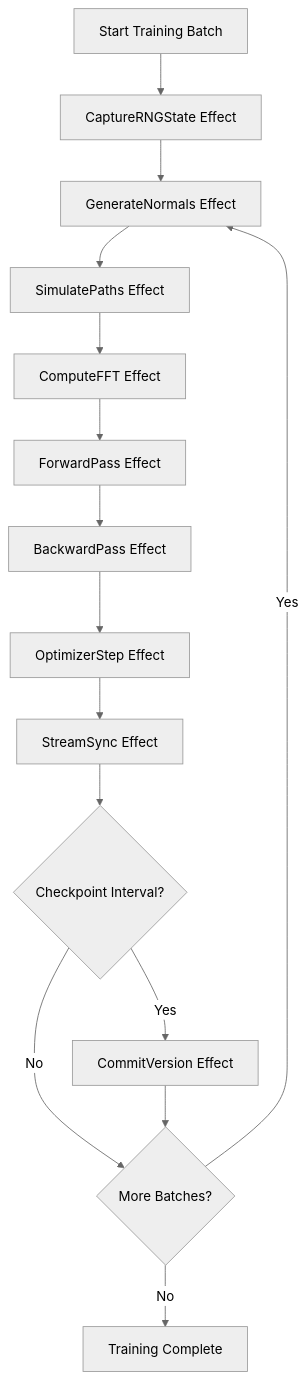
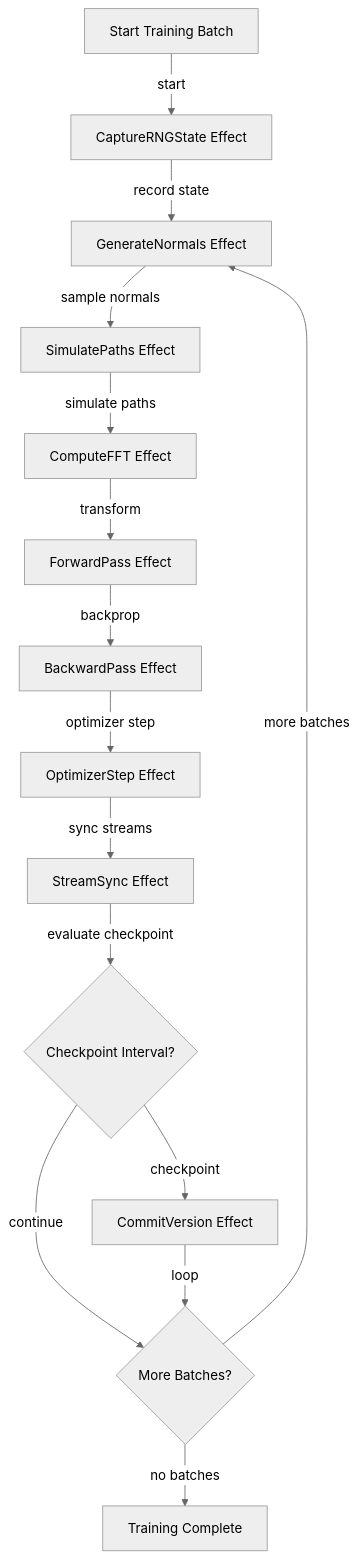
Before and after one commit to Tuee22/SpectralMC: the fourth of 4 diagrams in documents/engineering/effect_interpreter.md, drawn with Mermaid (neutral theme). The commit also changed other lines of this file and 28 other files, not shown here.

````diff
--- a/documents/engineering/effect_interpreter.md
+++ b/documents/engineering/effect_interpreter.md
@@ -1012,31 +1027,31 @@
 ```mermaid
 flowchart TB
     Start[Start Training Batch]
     CaptureRNG[CaptureRNGState Effect]
     GenNormals[GenerateNormals Effect]
     SimPaths[SimulatePaths Effect]
     FFT[ComputeFFT Effect]
     Forward[ForwardPass Effect]
     Backward[BackwardPass Effect]
     OptStep[OptimizerStep Effect]
     Sync[StreamSync Effect]
     Checkpoint{Checkpoint Interval?}
     Commit[CommitVersion Effect]
     NextBatch{More Batches?}
     End[Training Complete]
 
-    Start --> CaptureRNG
-    CaptureRNG --> GenNormals
-    GenNormals --> SimPaths
-    SimPaths --> FFT
-    FFT --> Forward
-    Forward --> Backward
-    Backward --> OptStep
-    OptStep --> Sync
-    Sync --> Checkpoint
-    Checkpoint -->|Yes| Commit
-    Checkpoint -->|No| NextBatch
-    Commit --> NextBatch
-    NextBatch -->|Yes| GenNormals
-    NextBatch -->|No| End
+    Start -->|start| CaptureRNG
+    CaptureRNG -->|record state| GenNormals
+    GenNormals -->|sample normals| SimPaths
+    SimPaths -->|simulate paths| FFT
+    FFT -->|transform| Forward
+    Forward -->|backprop| Backward
+    Backward -->|optimizer step| OptStep
+    OptStep -->|sync streams| Sync
+    Sync -->|evaluate checkpoint| Checkpoint
+    Checkpoint -->|checkpoint| Commit
+    Checkpoint -->|continue| NextBatch
+    Commit -->|loop| NextBatch
+    NextBatch -->|more batches| GenNormals
+    NextBatch -->|no batches| End
 ```
````
